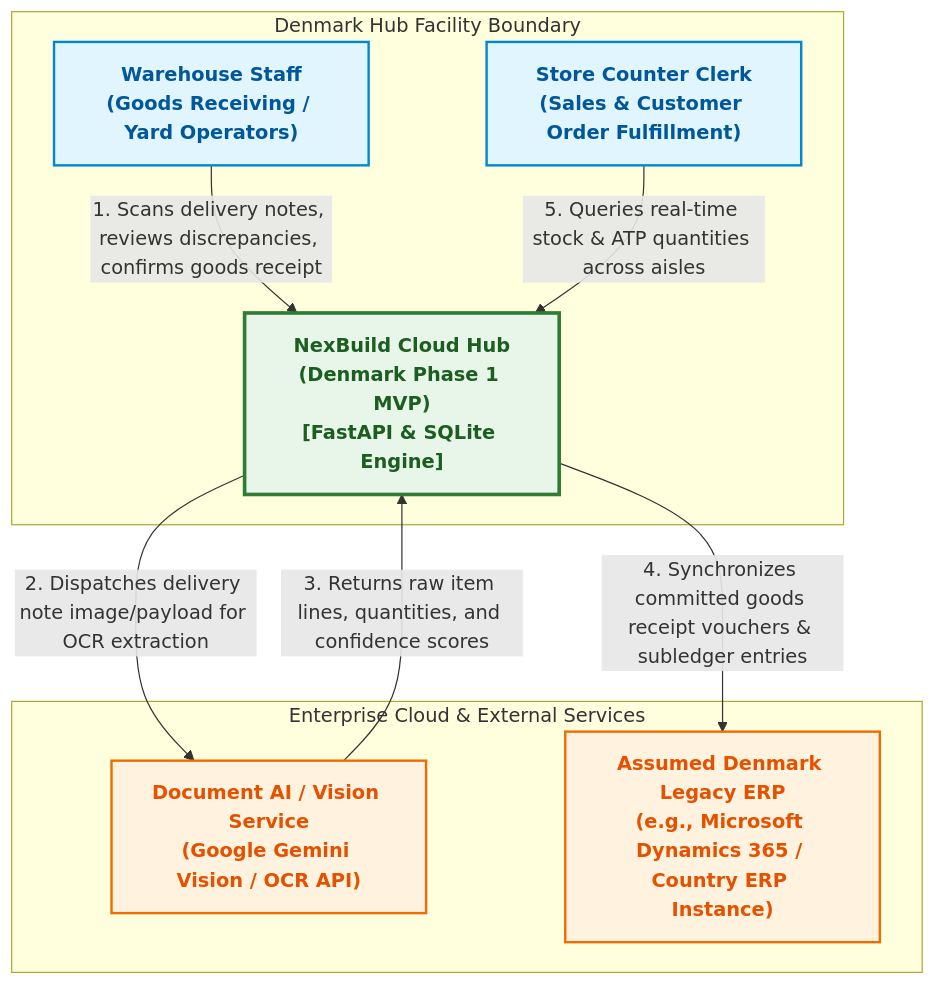
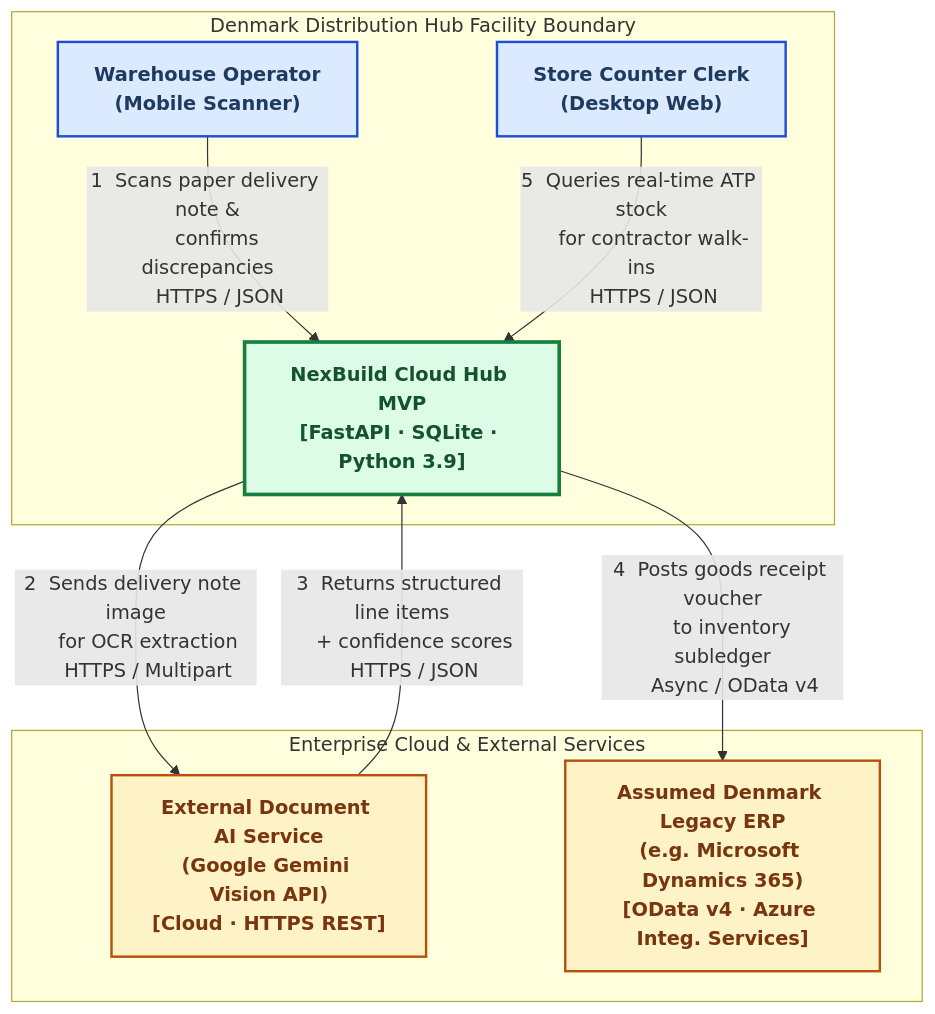
The first of 2 diagrams in deliverables_docs/System_Diagram_Content.md (GiaTranLeHoang/NexBuild-Cloud-Hub-ITConsultantChallenge2026), drawn with Mermaid before and after one commit. The commit also changed other lines of this file, not shown here.

First line of the commit message:
docs: Phase 4 - rewrite System_Diagram_Content.md v2.0.0

````diff
--- a/deliverables_docs/System_Diagram_Content.md
+++ b/deliverables_docs/System_Diagram_Content.md
@@ -30,37 +34,31 @@
 ```mermaid
 flowchart TD
-    %% Styling
-    classDef actor fill:#e1f5fe,stroke:#0288d1,stroke-width:2px,color:#01579b,font-weight:bold;
-    classDef system fill:#e8f5e9,stroke:#2e7d32,stroke-width:3px,color:#1b5e20,font-weight:bold;
-    classDef external fill:#fff3e0,stroke:#ef6c00,stroke-width:2px,color:#e65100,font-weight:bold;
+    classDef actor    fill:#dbeafe,stroke:#1d4ed8,stroke-width:2px,color:#1e3a5f,font-weight:bold
+    classDef system   fill:#dcfce7,stroke:#15803d,stroke-width:3px,color:#14532d,font-weight:bold
+    classDef external fill:#fef3c7,stroke:#b45309,stroke-width:2px,color:#78350f,font-weight:bold
 
-    %% Actors
-    Staff["Warehouse Staff<br/>(Goods Receiving / Yard Operators)"]:::actor
-    Clerk["Store Counter Clerk<br/>(Sales & Customer Order Fulfillment)"]:::actor
+    WH["Warehouse Operator\n(Mobile Scanner)"]:::actor
+    CC["Store Counter Clerk\n(Desktop Web)"]:::actor
 
-    %% System Boundary
-    Hub["NexBuild Cloud Hub<br/>(Denmark Phase 1 MVP)<br/>[FastAPI & SQLite Engine]"]:::system
+    HUB["NexBuild Cloud Hub MVP\n[FastAPI · SQLite · Python 3.9]"]:::system
 
-    %% External Systems
-    DocAI["Document AI / Vision Service<br/>(Google Gemini Vision / OCR API)"]:::external
-    ERP["Assumed Denmark Legacy ERP<br/>(e.g., Microsoft Dynamics 365 / Country ERP Instance)"]:::external
+    DOCAI["External Document AI Service\n(Google Gemini Vision API)\n[Cloud · HTTPS REST]"]:::external
+    ERP["Assumed Denmark Legacy ERP\n(e.g. Microsoft Dynamics 365)\n[OData v4 · Azure Integ. Services]"]:::external
 
-    %% Relationships
-    Staff -->|"1. Scans delivery notes, reviews discrepancies, confirms goods receipt"| Hub
-    Clerk -->|"5. Queries real-time stock & ATP quantities across aisles"| Hub
-    Hub -->|"2. Dispatches delivery note image/payload for OCR extraction"| DocAI
-    DocAI -->|"3. Returns raw item lines, quantities, and confidence scores"| Hub
-    Hub -->|"4. Synchronizes committed goods receipt vouchers & subledger entries"| ERP
+    WH  -->|"1  Scans paper delivery note &\n    confirms discrepancies\n    HTTPS / JSON"| HUB
+    HUB -->|"2  Sends delivery note image\n    for OCR extraction\n    HTTPS / Multipart"| DOCAI
+    DOCAI -->|"3  Returns structured line items\n    + confidence scores\n    HTTPS / JSON"| HUB
+    HUB -->|"4  Posts goods receipt voucher\n    to inventory subledger\n    Async / OData v4"| ERP
+    CC  -->|"5  Queries real-time ATP stock\n    for contractor walk-ins\n    HTTPS / JSON"| HUB
 
-    %% Context boundaries
-    subgraph Denmark_Distribution_Facility ["Denmark Hub Facility Boundary"]
-        Staff
-        Clerk
-        Hub
+    subgraph facility["Denmark Distribution Hub Facility Boundary"]
+        WH
+        CC
+        HUB
     end
 
-    subgraph Enterprise_Cloud ["Enterprise Cloud & External Services"]
-        DocAI
+    subgraph cloud["Enterprise Cloud & External Services"]
+        DOCAI
         ERP
     end
 ```
````
